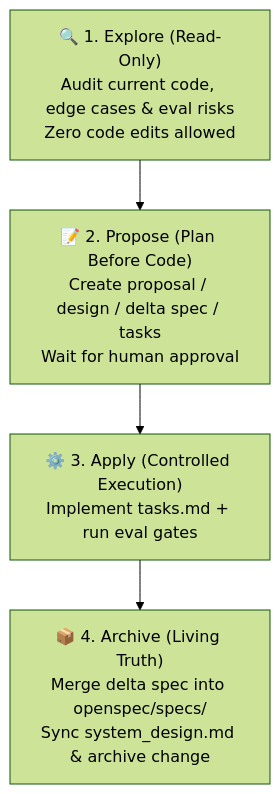
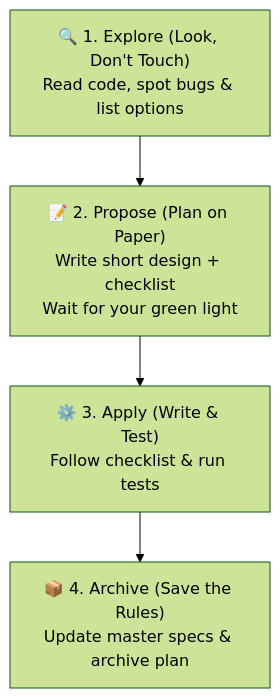
The diagram in tutorials/en/01-openspec-foundation.md (jason-haha-69135/boss-zhipin-crawler), drawn with Mermaid (forest theme) before and after one commit. The commit also changed other lines of this file and 14 other files, not shown here.

````diff
--- a/tutorials/en/01-openspec-foundation.md
+++ b/tutorials/en/01-openspec-foundation.md
@@ -25,9 +26,9 @@
 ```mermaid
 flowchart TD
-    Explore["🔍 1. Explore (Read-Only)\nAudit current code, edge cases & eval risks\nZero code edits allowed"]
-    Propose["📝 2. Propose (Plan Before Code)\nCreate proposal / design / delta spec / tasks\nWait for human approval"]
-    Apply["⚙️ 3. Apply (Controlled Execution)\nImplement tasks.md + run eval gates"]
-    Archive["📦 4. Archive (Living Truth)\nMerge delta spec into openspec/specs/\nSync system_design.md & archive change"]
+    Explore["🔍 1. Explore (Look, Don't Touch)\nRead code, spot bugs & list options"]
+    Propose["📝 2. Propose (Plan on Paper)\nWrite short design + checklist\nWait for your green light"]
+    Apply["⚙️ 3. Apply (Write & Test)\nFollow checklist & run tests"]
+    Archive["📦 4. Archive (Save the Rules)\nUpdate master specs & archive plan"]
 
     Explore --> Propose --> Apply --> Archive
 ```
````
